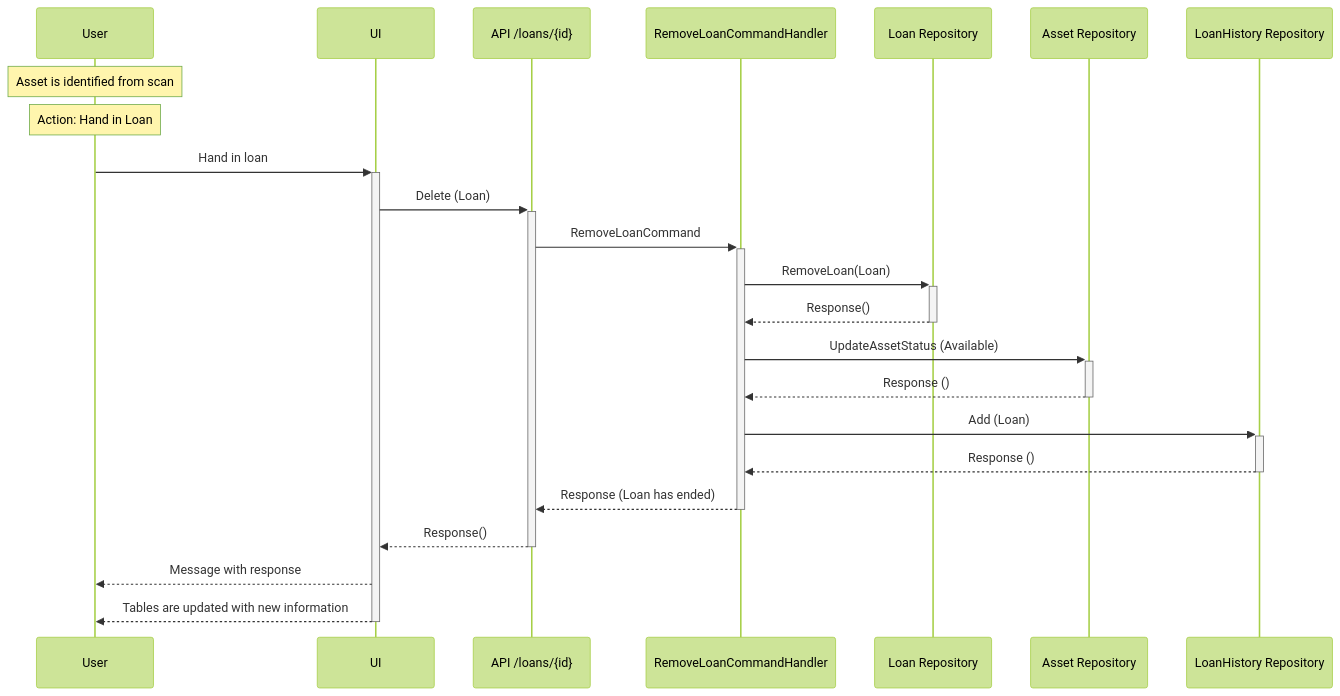
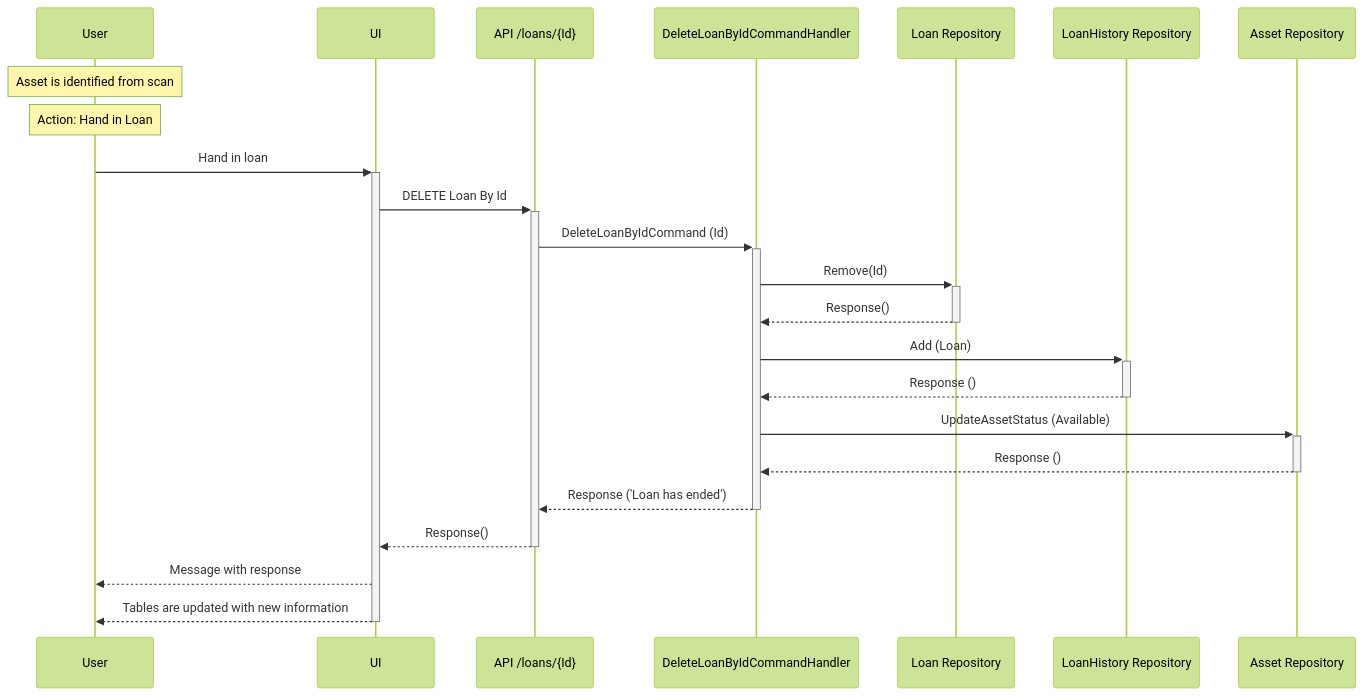
The second of 3 diagrams in docs/sequence-diagrams/loan-actions.md (livun/bouvet-asset-hub), drawn with Mermaid (forest theme) before and after one commit. The commit also changed other lines of this file and 9 other files, not shown here.

Commit message:
Finished with sequence diagrams

````diff
--- a/docs/sequence-diagrams/loan-actions.md
+++ b/docs/sequence-diagrams/loan-actions.md
@@ -26,19 +29,22 @@
 ```mermaid
 sequenceDiagram
     Note over User : Asset is identified from scan
     Note over User : Action: Hand in Loan
     User ->>+ UI: Hand in loan
-        UI ->>+ API /loans/{id} : Delete (Loan)
-            API /loans/{id}  ->>+ RemoveLoanCommandHandler : RemoveLoanCommand
-                RemoveLoanCommandHandler ->>+ Loan Repository : RemoveLoan(Loan)
-                Loan Repository -->>- RemoveLoanCommandHandler : Response()
-                RemoveLoanCommandHandler ->>+ Asset Repository : UpdateAssetStatus (Available)
-                Asset Repository -->>- RemoveLoanCommandHandler : Response ()
-                RemoveLoanCommandHandler ->>+ LoanHistory Repository : Add (Loan)
-                LoanHistory Repository -->>- RemoveLoanCommandHandler : Response ()
-            RemoveLoanCommandHandler -->>- API /loans/{id}  : Response (Loan has ended) 
-        API /loans/{id}  -->>- UI : Response()
+        UI ->>+ API /loans/{Id} : DELETE Loan By Id
+            API /loans/{Id}  ->>+ DeleteLoanByIdCommandHandler : DeleteLoanByIdCommand (Id)
+                DeleteLoanByIdCommandHandler ->>+ Loan Repository : Remove(Id)
+                Loan Repository -->>- DeleteLoanByIdCommandHandler : Response()
+                
+                DeleteLoanByIdCommandHandler ->>+ LoanHistory Repository : Add (Loan)
+                LoanHistory Repository -->>- DeleteLoanByIdCommandHandler : Response ()
+                
+                DeleteLoanByIdCommandHandler ->>+ Asset Repository : UpdateAssetStatus (Available)
+                Asset Repository -->>- DeleteLoanByIdCommandHandler : Response ()
+               
+            DeleteLoanByIdCommandHandler -->>- API /loans/{Id}  : Response ('Loan has ended') 
+        API /loans/{Id}  -->>- UI : Response()
     UI -->> User : Message with response
     UI -->>- User : Tables are updated with new information
   
 ```
````
